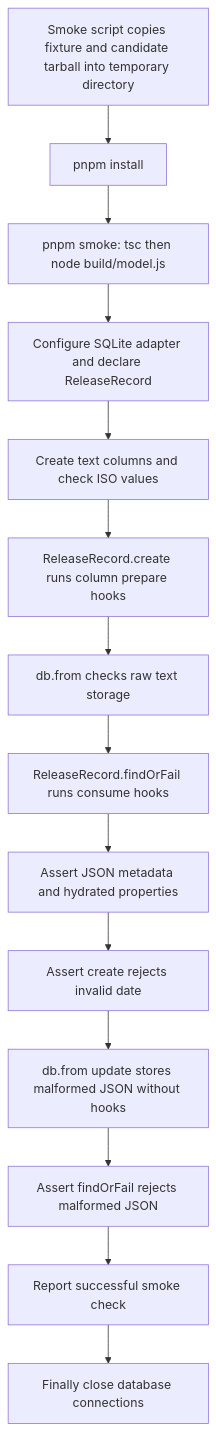
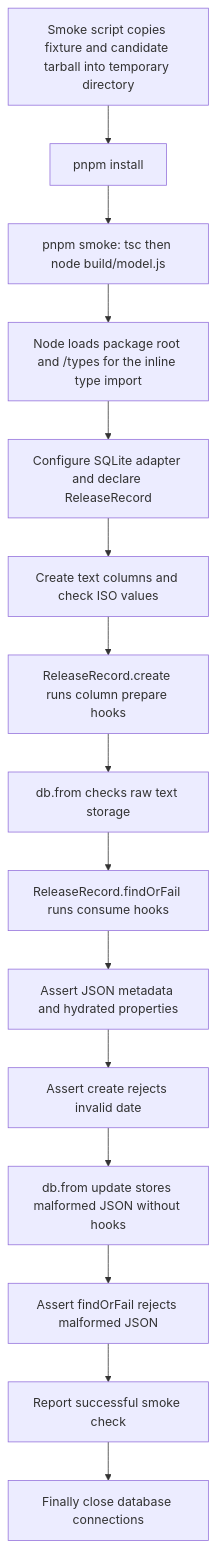
The second of 2 diagrams in user-stories/US-COLUMN-05-consume-installed-package.md (Kevinjohn/oss-adonisjs-lucid-checked-columns), drawn with Mermaid before and after one commit. The commit also changed other lines of this file and 5 other files, not shown here.

````diff
--- a/user-stories/US-COLUMN-05-consume-installed-package.md
+++ b/user-stories/US-COLUMN-05-consume-installed-package.md
@@ -36,16 +36,17 @@
 ```mermaid
 flowchart TD
     A["Smoke script copies fixture and candidate tarball into temporary directory"] --> B["pnpm install"]
     B --> C["pnpm smoke: tsc then node build/model.js"]
-    C --> D["Configure SQLite adapter and declare ReleaseRecord"]
+    C --> P["Node loads package root and /types for the inline type import"]
+    P --> D["Configure SQLite adapter and declare ReleaseRecord"]
     D --> E["Create text columns and check ISO values"]
     E --> F["ReleaseRecord.create runs column prepare hooks"]
     F --> G["db.from checks raw text storage"]
     G --> H["ReleaseRecord.findOrFail runs consume hooks"]
     H --> I["Assert JSON metadata and hydrated properties"]
     I --> J["Assert create rejects invalid date"]
     J --> K["db.from update stores malformed JSON without hooks"]
     K --> L["Assert findOrFail rejects malformed JSON"]
     L --> M["Report successful smoke check"]
     M --> N["Finally close database connections"]
 ```
````
